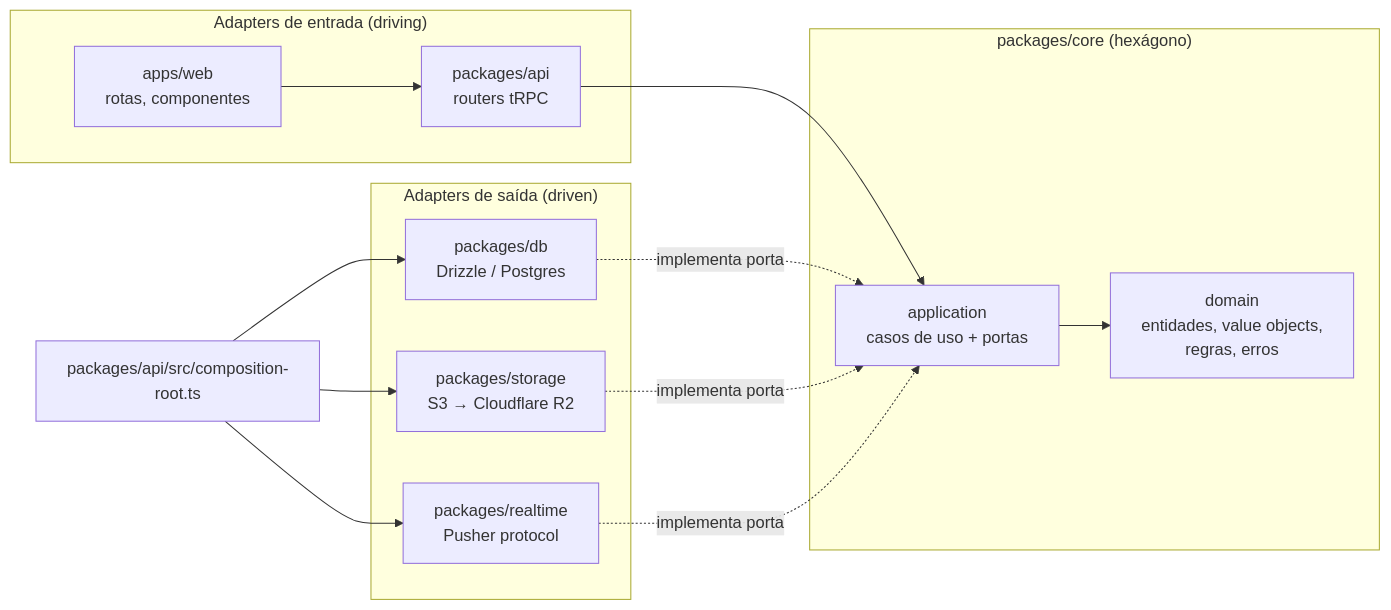
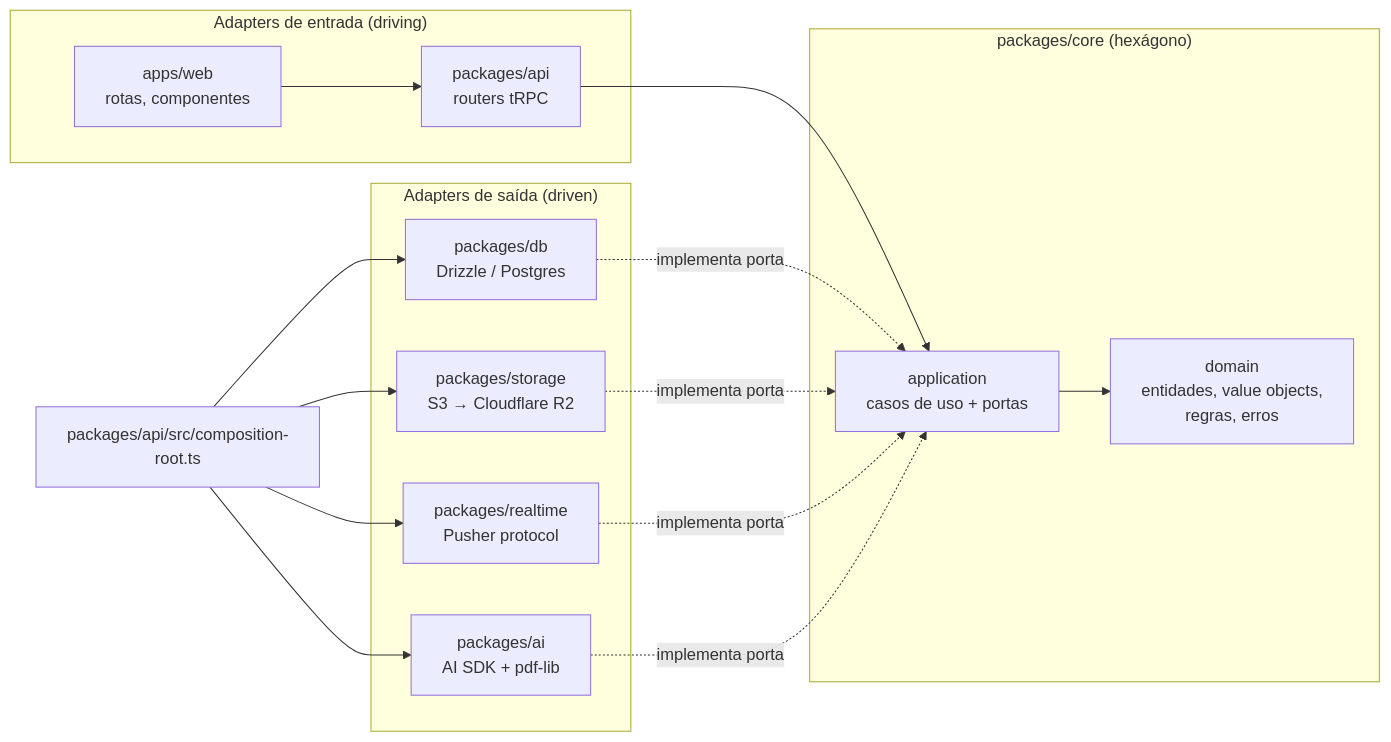
The first of 2 diagrams in docs/architecture.md (JGabriel963/quizio), drawn with Mermaid before and after one commit. The commit also changed other lines of this file and 143 other files, not shown here.

````diff
--- a/docs/architecture.md
+++ b/docs/architecture.md
@@ -9,22 +9,24 @@
 ```mermaid
 flowchart LR
   subgraph driving["Adapters de entrada (driving)"]
     WEB["apps/web<br/>rotas, componentes"]
     TRPC["packages/api<br/>routers tRPC"]
   end
   subgraph core["packages/core (hexágono)"]
     APP["application<br/>casos de uso + portas"]
     DOM["domain<br/>entidades, value objects,<br/>regras, erros"]
     APP --> DOM
   end
   subgraph driven["Adapters de saída (driven)"]
     DB["packages/db<br/>Drizzle / Postgres"]
     ST["packages/storage<br/>S3 → Cloudflare R2"]
     RT["packages/realtime<br/>Pusher protocol"]
+    AI["packages/ai<br/>AI SDK + pdf-lib"]
   end
   WEB --> TRPC --> APP
   DB -. implementa porta .-> APP
   ST -. implementa porta .-> APP
   RT -. implementa porta .-> APP
-  ROOT["packages/api/src/composition-root.ts"] --> DB & ST & RT
+  AI -. implementa porta .-> APP
+  ROOT["packages/api/src/composition-root.ts"] --> DB & ST & RT & AI
 ```
````
